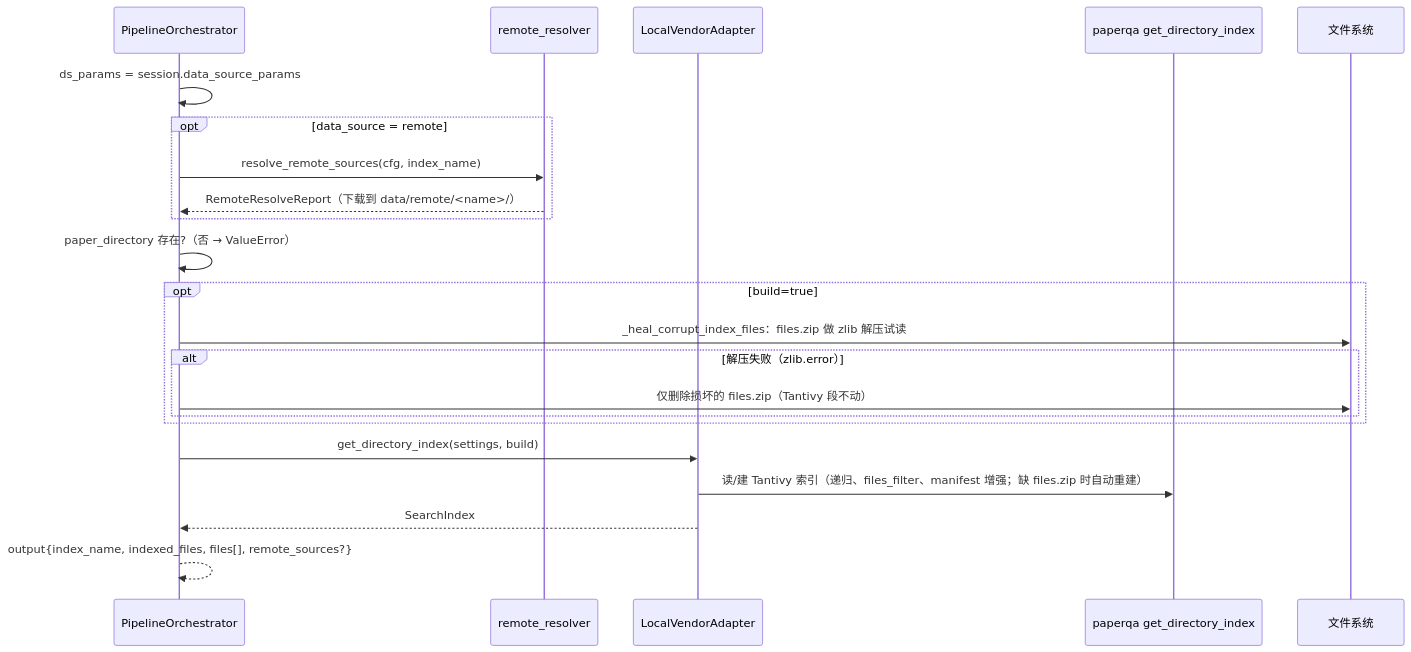
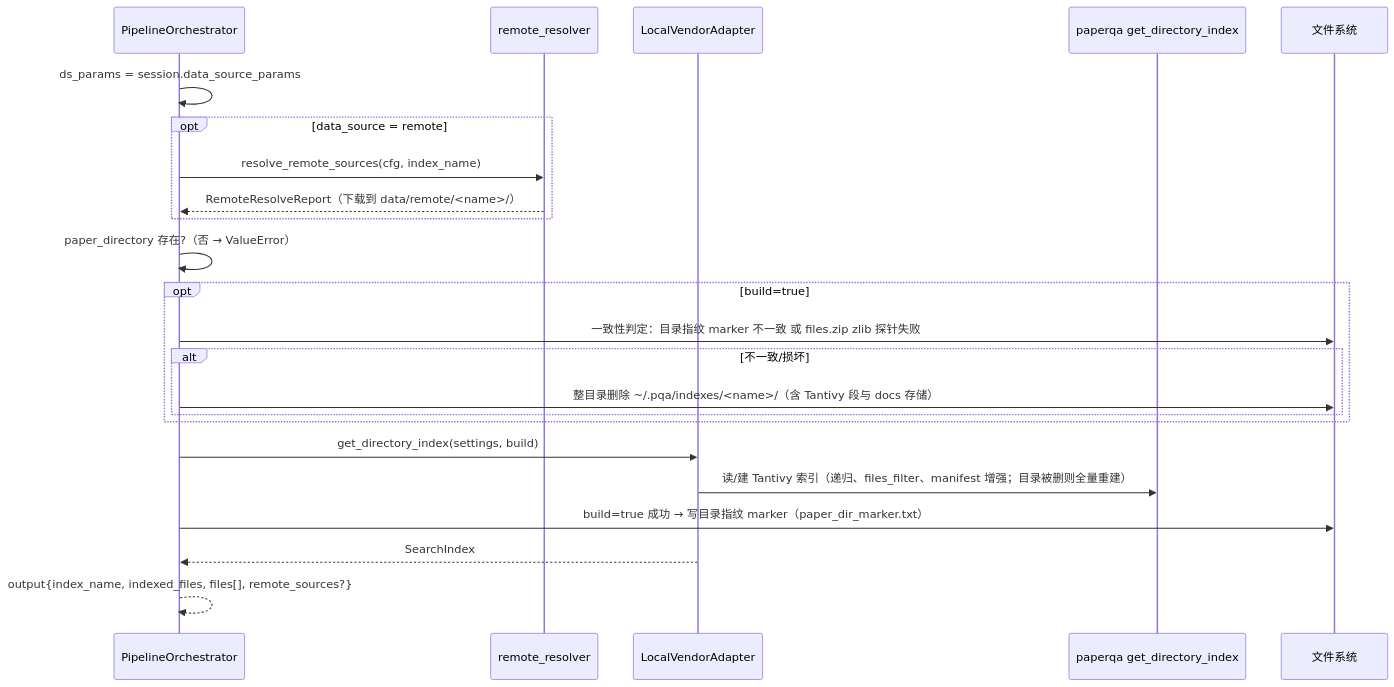
The third of 6 diagrams in docs/4-ALGORITHM.MD (PaperStrange/PaperReadingAgent), drawn with Mermaid before and after one commit. The commit also changed other lines of this file and 7 other files, not shown here.

````diff
--- a/docs/4-ALGORITHM.MD
+++ b/docs/4-ALGORITHM.MD
@@ -286,25 +286,26 @@
 ```mermaid
 sequenceDiagram
     participant OR as PipelineOrchestrator
     participant RS as remote_resolver
     participant EN as LocalVendorAdapter
     participant PQA as paperqa get_directory_index
     participant FS as 文件系统
 
     OR->>OR: ds_params = session.data_source_params
     opt data_source = remote
         OR->>RS: resolve_remote_sources(cfg, index_name)
         RS-->>OR: RemoteResolveReport（下载到 data/remote/<name>/）
     end
     OR->>OR: paper_directory 存在?（否 → ValueError）
     opt build=true
-        OR->>FS: _heal_corrupt_index_files：files.zip 做 zlib 解压试读
-        alt 解压失败（zlib.error）
-            OR->>FS: 仅删除损坏的 files.zip（Tantivy 段不动）
+        OR->>FS: 一致性判定：目录指纹 marker 不一致 或 files.zip zlib 探针失败
+        alt 不一致/损坏
+            OR->>FS: 整目录删除 ~/.pqa/indexes/<name>/（含 Tantivy 段与 docs 存储）
         end
     end
     OR->>EN: get_directory_index(settings, build)
-    EN->>PQA: 读/建 Tantivy 索引（递归、files_filter、manifest 增强；缺 files.zip 时自动重建）
+    EN->>PQA: 读/建 Tantivy 索引（递归、files_filter、manifest 增强；目录被删则全量重建）
+    OR->>FS: build=true 成功 → 写目录指纹 marker（paper_dir_marker.txt）
     EN-->>OR: SearchIndex
     OR-->>OR: output{index_name, indexed_files, files[], remote_sources?}
 ```
````
